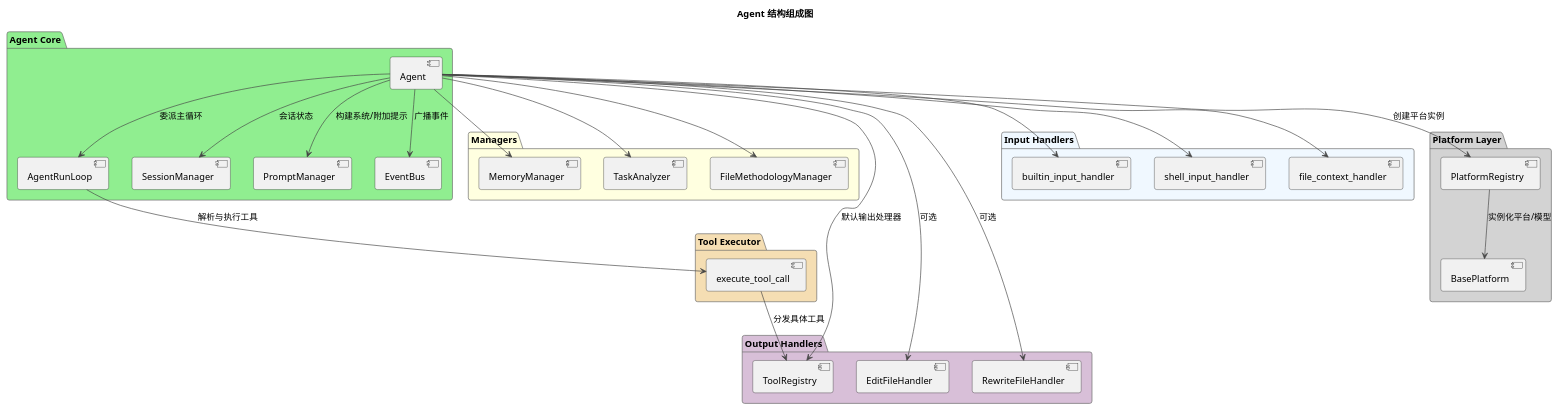
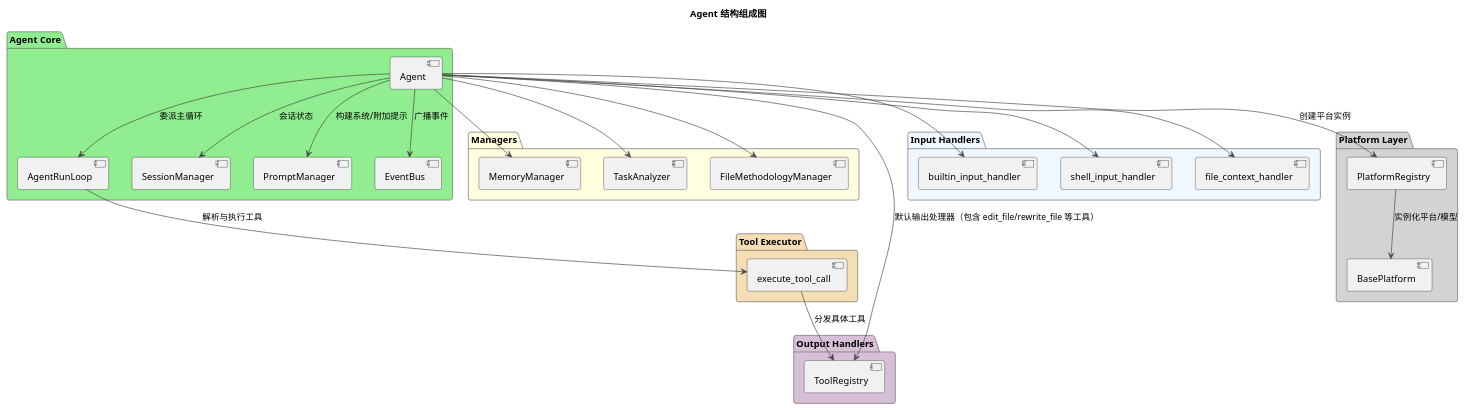
One commit to skyfireitdiy/Jarvis changed the second of 60 diagrams in 技术报告.md. Above: the diagram before and after it, drawn with PlantUML. The commit also changed other lines of this file and 9 other files, not shown here.

````diff
--- a/技术报告.md
+++ b/技术报告.md
@@ -220,64 +220,60 @@
 ```plantuml
 @startuml
 !theme vibrant
 title Agent 结构组成图
 
 package "Agent Core" #LightGreen {
   component "Agent" as Agent
   component "AgentRunLoop" as AgentRunLoop
   component "SessionManager" as SessionManager
   component "PromptManager" as PromptManager
   component "EventBus" as EventBus
 }
 
 package "Managers" #LightYellow {
   component "MemoryManager" as MemoryManager
   component "TaskAnalyzer" as TaskAnalyzer
   component "FileMethodologyManager" as FileMethodologyManager
 }
 
 package "Output Handlers" #Thistle {
   component "ToolRegistry" as ToolRegistry
-  component "EditFileHandler" as EditFileHandler
-  component "RewriteFileHandler" as RewriteFileHandler
 }
 
 package "Input Handlers" #AliceBlue {
   component "builtin_input_handler" as builtin_input_handler
   component "shell_input_handler" as shell_input_handler
   component "file_context_handler" as file_context_handler
 }
 
 package "Platform Layer" #LightGray {
   component "PlatformRegistry" as PlatformRegistry
   component "BasePlatform" as BasePlatform
 }
 
 package "Tool Executor" #Wheat {
   component "execute_tool_call" as ExecTool
 }
 
 Agent --> AgentRunLoop : 委派主循环
 Agent --> SessionManager : 会话状态
 Agent --> PromptManager : 构建系统/附加提示
 Agent --> EventBus : 广播事件
 
-Agent --> ToolRegistry : 默认输出处理器
-Agent --> EditFileHandler : 可选
-Agent --> RewriteFileHandler : 可选
+Agent --> ToolRegistry : 默认输出处理器（包含 edit_file/rewrite_file 等工具）
 
 Agent --> MemoryManager
 Agent --> TaskAnalyzer
 Agent --> FileMethodologyManager
 
 Agent --> PlatformRegistry : 创建平台实例
 PlatformRegistry --> BasePlatform : 实例化平台/模型
 
 AgentRunLoop --> ExecTool : 解析与执行工具
 ExecTool --> ToolRegistry : 分发具体工具
 
 Agent --> builtin_input_handler
 Agent --> shell_input_handler
 Agent --> file_context_handler
 @enduml
 ```
````
